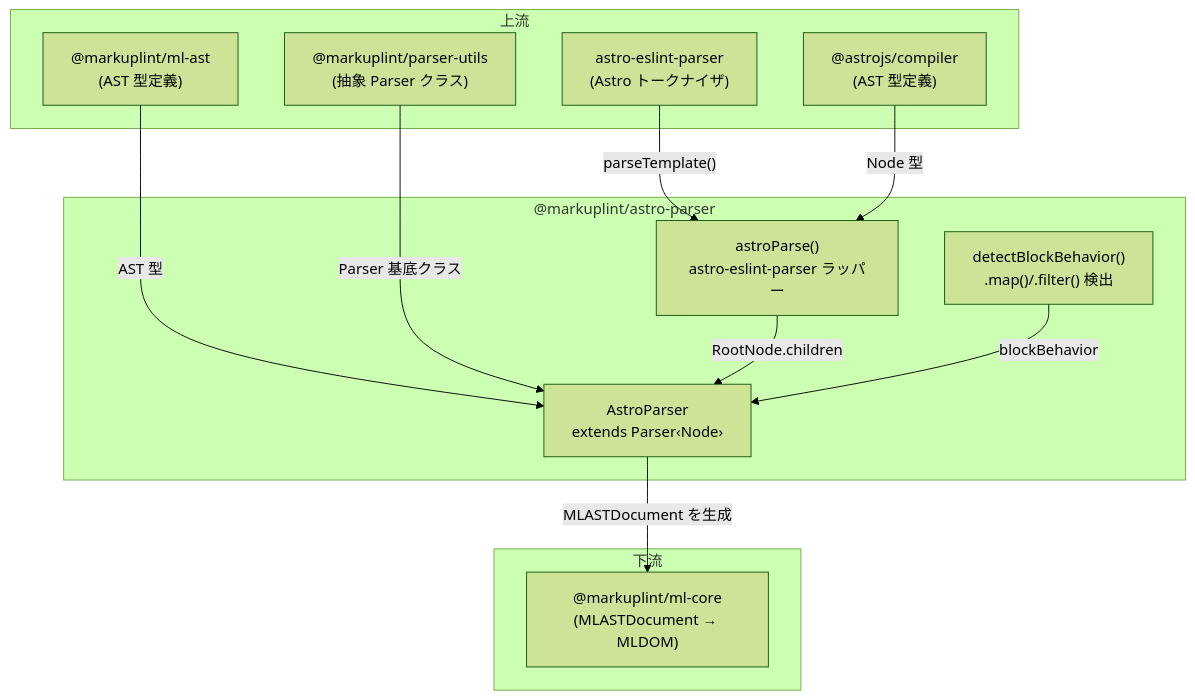
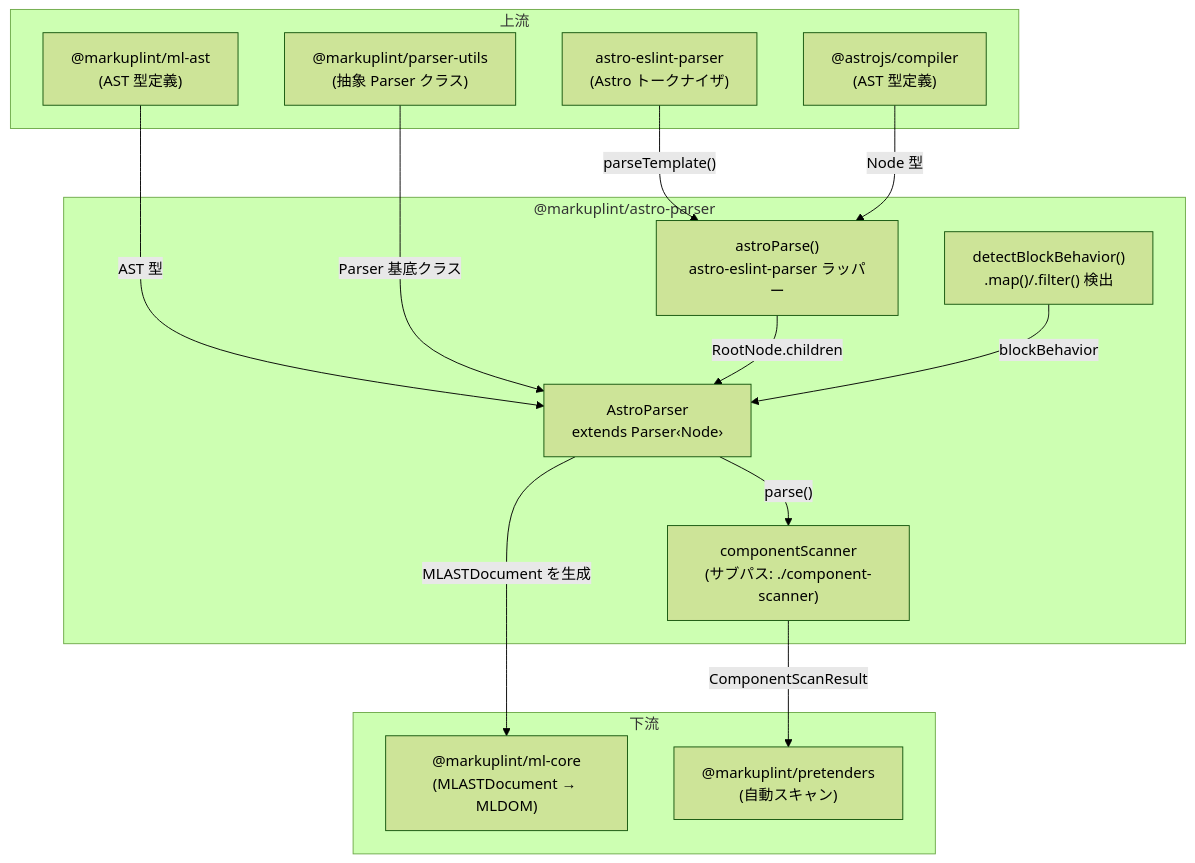
The diagram in packages/@markuplint/astro-parser/ARCHITECTURE.ja.md (markuplint/markuplint), drawn with Mermaid (forest theme) before and after one commit. The commit also changed other lines of this file and 5 other files, not shown here.

First line of the commit message:
docs: add component-scanner to parser ARCHITECTURE.md files

````diff
--- a/packages/@markuplint/astro-parser/ARCHITECTURE.ja.md
+++ b/packages/@markuplint/astro-parser/ARCHITECTURE.ja.md
@@ -21,27 +23,31 @@
 ```mermaid
 flowchart TD
     subgraph upstream ["上流"]
         mlAst["@markuplint/ml-ast\n(AST 型定義)"]
         parserUtils["@markuplint/parser-utils\n(抽象 Parser クラス)"]
         astroEslintParser["astro-eslint-parser\n(Astro トークナイザ)"]
         astroCompiler["@astrojs/compiler\n(AST 型定義)"]
     end
 
     subgraph pkg ["@markuplint/astro-parser"]
         astroParser["AstroParser\nextends Parser‹Node›"]
         astroParseFn["astroParse()\nastro-eslint-parser ラッパー"]
         detectBlock["detectBlockBehavior()\n.map()/.filter() 検出"]
+        compScanner["componentScanner\n(サブパス: ./component-scanner)"]
     end
 
     subgraph downstream ["下流"]
         mlCore["@markuplint/ml-core\n(MLASTDocument → MLDOM)"]
+        pretenders["@markuplint/pretenders\n(自動スキャン)"]
     end
 
     mlAst -->|"AST 型"| astroParser
     parserUtils -->|"Parser 基底クラス"| astroParser
     astroEslintParser -->|"parseTemplate()"| astroParseFn
     astroCompiler -->|"Node 型"| astroParseFn
     astroParseFn -->|"RootNode.children"| astroParser
     detectBlock -->|"blockBehavior"| astroParser
     astroParser -->|"MLASTDocument を生成"| mlCore
+    astroParser -->|"parse()"| compScanner
+    compScanner -->|"ComponentScanResult"| pretenders
 ```
````
